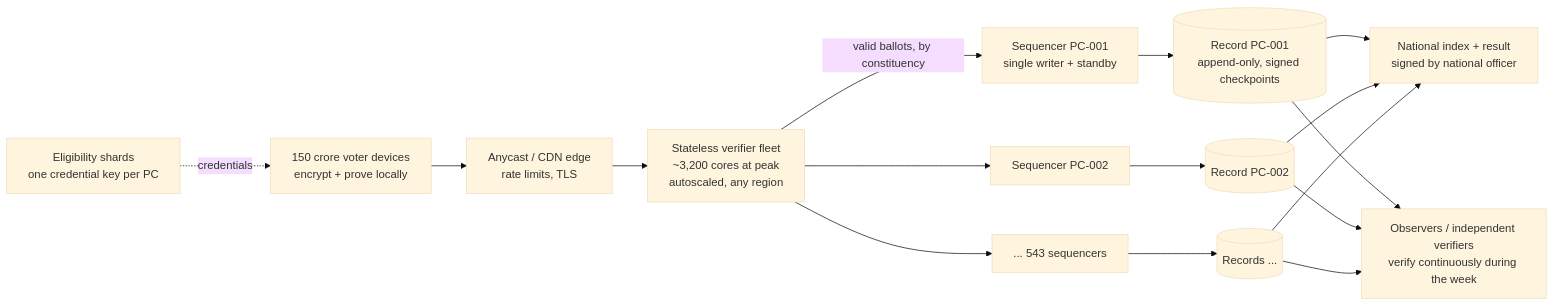
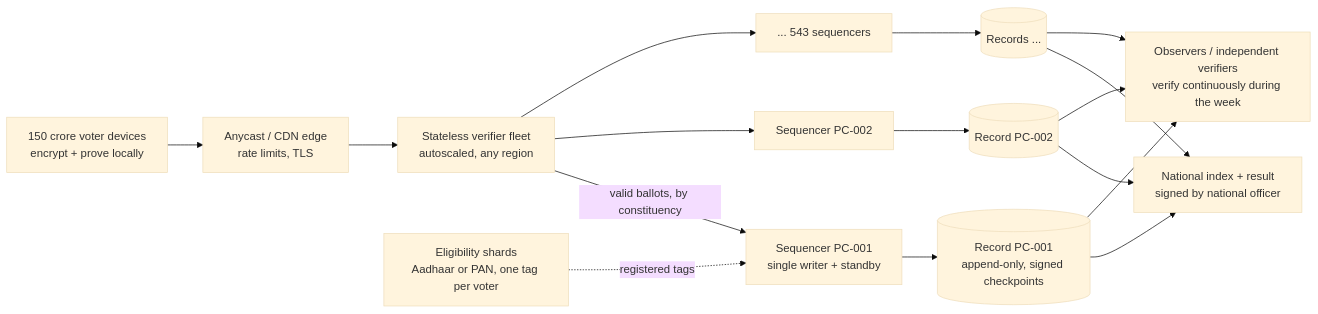
One commit to itsashiish/chunaviq changed the diagram in docs/scale.md. Above: the diagram before and after it, drawn with Mermaid (base theme). The commit also changed other lines of this file and 82 other files, not shown here.

First line of the commit message:
Protocol v2: revoting against coercion, Aadhaar or PAN registration, HSM key custody, DoS-hardened service and dress rehearsals, Methods/Law/Evidence pages

````diff
--- a/docs/scale.md
+++ b/docs/scale.md
@@ -9,14 +9,14 @@
 ```mermaid
 flowchart LR
   V[150 crore voter devices<br/>encrypt + prove locally] --> LB[Anycast / CDN edge<br/>rate limits, TLS]
-  LB --> VF[Stateless verifier fleet<br/>~3,200 cores at peak<br/>autoscaled, any region]
+  LB --> VF[Stateless verifier fleet<br/>autoscaled, any region]
   VF -->|valid ballots, by constituency| S1[Sequencer PC-001<br/>single writer + standby]
   VF --> S2[Sequencer PC-002]
   VF --> S3[... 543 sequencers]
-  E[Eligibility shards<br/>one credential key per PC] -.credentials.-> V
+  E[Eligibility shards<br/>Aadhaar or PAN, one tag per voter] -.registered tags.-> S1
   S1 --> R1[(Record PC-001<br/>append-only, signed checkpoints)]
   S2 --> R2[(Record PC-002)]
   S3 --> R3[(Records ...)]
   R1 & R2 & R3 --> N[National index + result<br/>signed by national officer]
   R1 & R2 & R3 --> O[Observers / independent verifiers<br/>verify continuously during the week]
 ```
````
